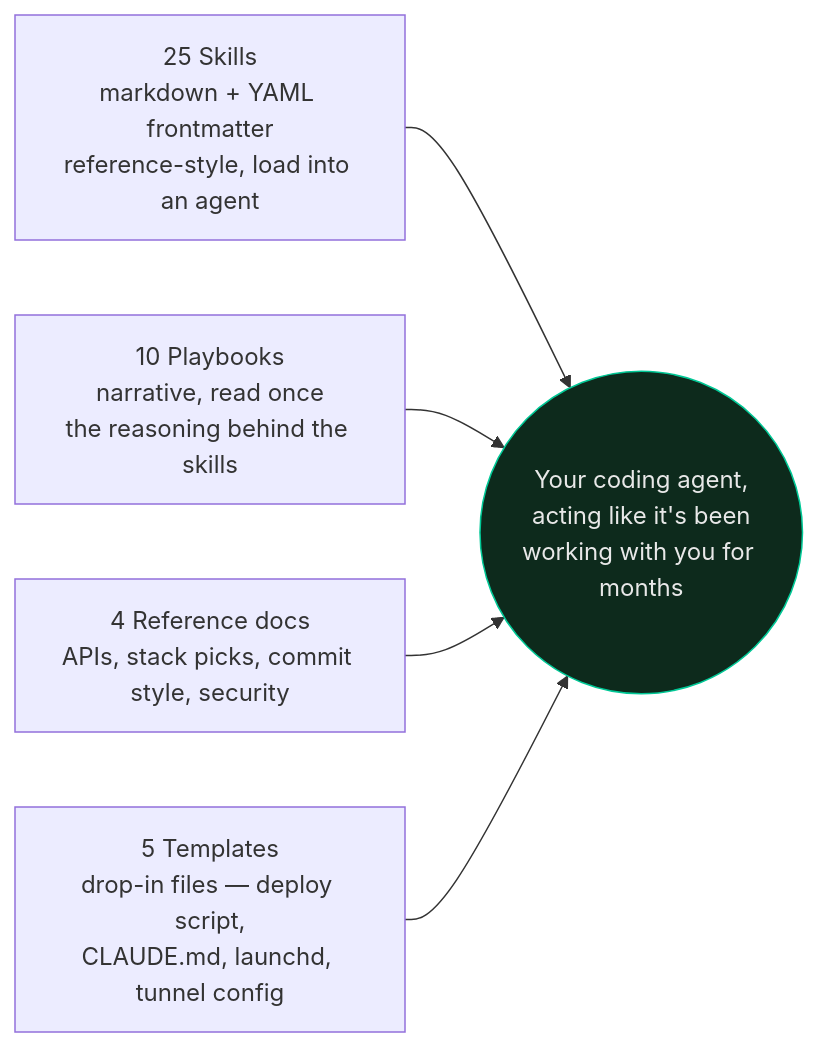
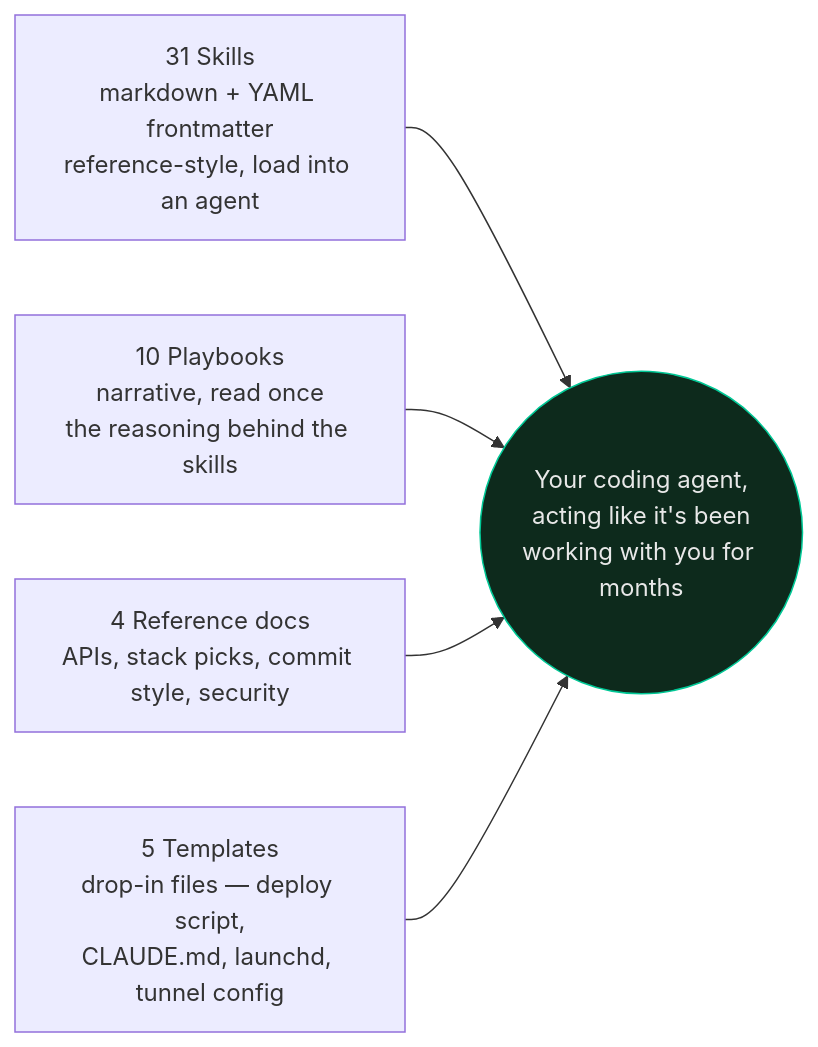
Before and after one commit to Nonarkara/dr-non-vibecoding-skills: the first of 3 diagrams in README.md, drawn with Mermaid. The commit also changed other lines of this file and 6 other files, not shown here.

````diff
--- a/README.md
+++ b/README.md
@@ -49,14 +49,14 @@
 ```mermaid
 flowchart LR
-    S["25 Skills\nmarkdown + YAML frontmatter\nreference-style, load into an agent"]
+    S["31 Skills\nmarkdown + YAML frontmatter\nreference-style, load into an agent"]
     P["10 Playbooks\nnarrative, read once\nthe reasoning behind the skills"]
     R["4 Reference docs\nAPIs, stack picks, commit style, security"]
     T["5 Templates\ndrop-in files — deploy script,\nCLAUDE.md, launchd, tunnel config"]
 
     S --> Agent(("Your coding agent,\nacting like it's been\nworking with you for months"))
     P --> Agent
     R --> Agent
     T --> Agent
 
     style Agent fill:#0d2a1c,stroke:#00c896,color:#e8e8e8
 ```
````
